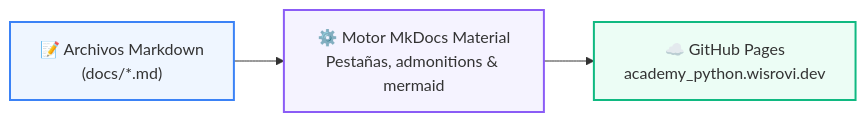
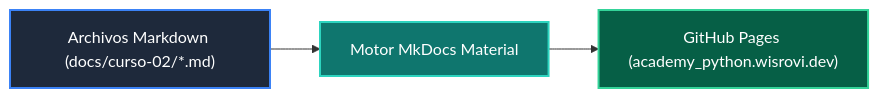
Before and after one commit to wisrovi/wisrovi-python: the diagram in docs/curso-02/README.md, drawn with Mermaid. The commit also changed other lines of this file and 271 other files, not shown here.

Commit message:
docs: rewrite all README.md files with bespoke topic-specific Mermaid diagrams and remove repetitive boilerplate

````diff
--- a/docs/curso-02/README.md
+++ b/docs/curso-02/README.md
@@ -10,9 +10,9 @@
 ```mermaid
 flowchart LR
-    SRC["📝 Archivos Markdown<br/>(docs/*.md)"] --> MKDOCS["⚙️ Motor MkDocs Material<br/>Pestañas, admonitions & mermaid"]
-    MKDOCS --> GHPAGES["☁️ GitHub Pages<br/>academy_python.wisrovi.dev"]
+    MD["Archivos Markdown (docs/curso-02/*.md)"] --> MKD["Motor MkDocs Material"]
+    MKD --> GHP["GitHub Pages (academy_python.wisrovi.dev)"]
 
-    style SRC fill:#eff6ff,stroke:#3b82f6,stroke-width:2px
-    style MKDOCS fill:#f5f3ff,stroke:#8b5cf6,stroke-width:2px
-    style GHPAGES fill:#ecfdf5,stroke:#10b981,stroke-width:2px
+    style MD fill:#1e293b,color:#fff,stroke:#3b82f6,stroke-width:2px
+    style MKD fill:#0f766e,color:#fff,stroke:#2dd4bf,stroke-width:2px
+    style GHP fill:#065f46,color:#fff,stroke:#34d399,stroke-width:2px
 ```
````
